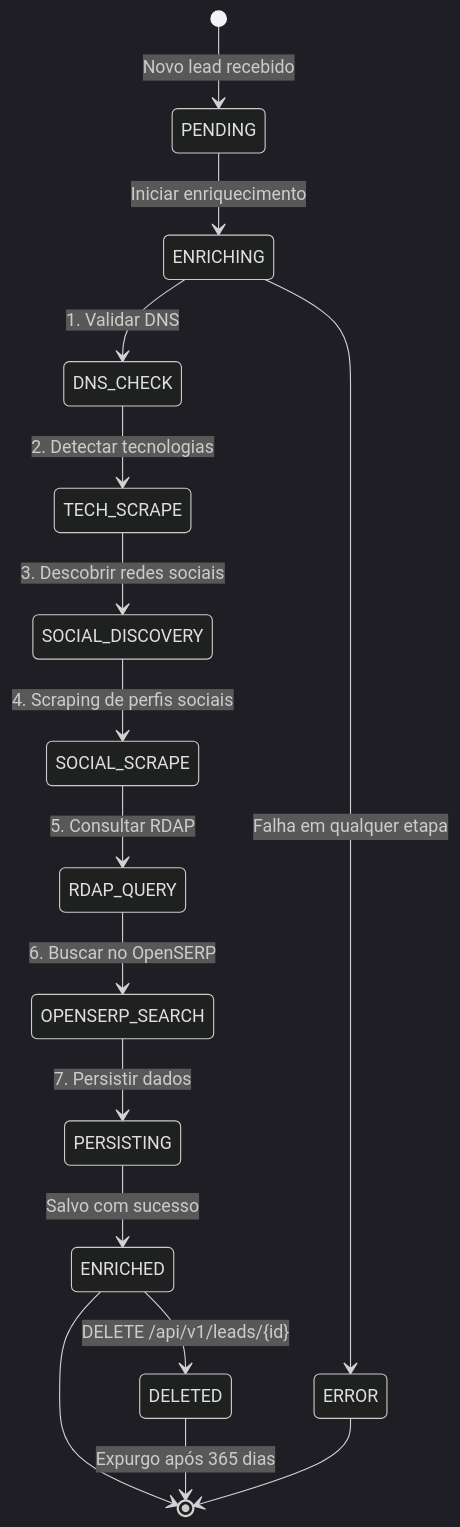
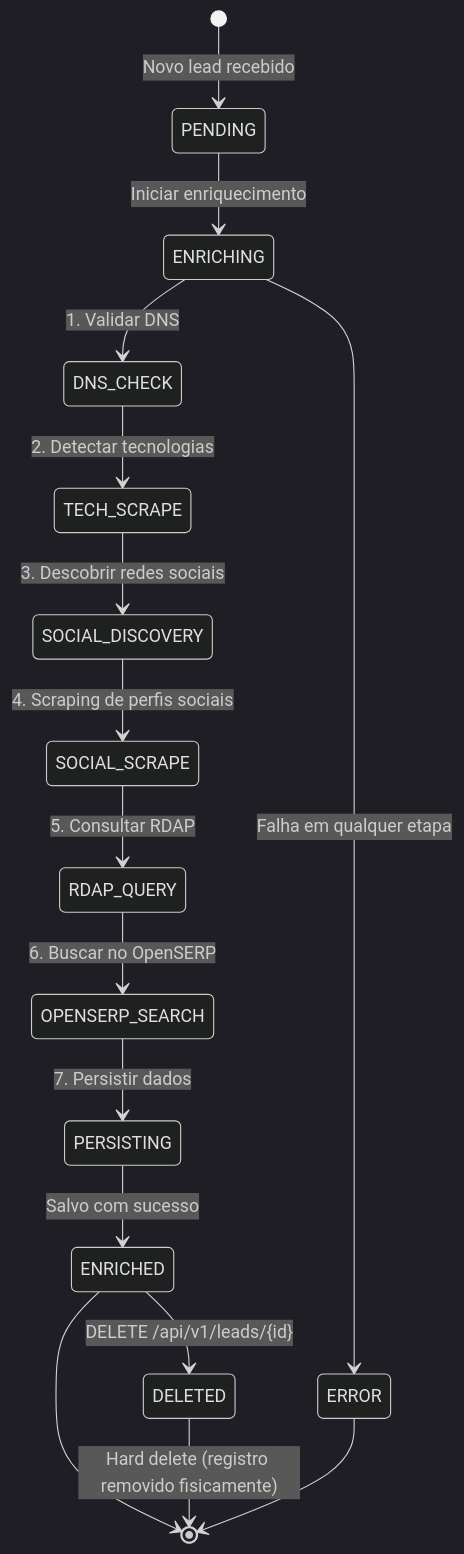
The first of 4 diagrams in docs/diagrams/mermaid-fluxo-enriquecimento.md (pdrodavi/lead-enrichment-api), drawn with Mermaid (dark theme) before and after one commit. The commit also changed other lines of this file and 40 other files, not shown here.

````diff
--- a/docs/diagrams/mermaid-fluxo-enriquecimento.md
+++ b/docs/diagrams/mermaid-fluxo-enriquecimento.md
@@ -5,22 +5,22 @@
 ```mermaid
 stateDiagram-v2
     [*] --> PENDING : Novo lead recebido
     PENDING --> ENRICHING : Iniciar enriquecimento
 
     ENRICHING --> DNS_CHECK : 1. Validar DNS
     DNS_CHECK --> TECH_SCRAPE : 2. Detectar tecnologias
     TECH_SCRAPE --> SOCIAL_DISCOVERY : 3. Descobrir redes sociais
     SOCIAL_DISCOVERY --> SOCIAL_SCRAPE : 4. Scraping de perfis sociais
     SOCIAL_SCRAPE --> RDAP_QUERY : 5. Consultar RDAP
     RDAP_QUERY --> OPENSERP_SEARCH : 6. Buscar no OpenSERP
     OPENSERP_SEARCH --> PERSISTING : 7. Persistir dados
 
     PERSISTING --> ENRICHED : Salvo com sucesso
     ENRICHED --> [*]
 
     ENRICHING --> ERROR : Falha em qualquer etapa
     ERROR --> [*]
 
     ENRICHED --> DELETED : DELETE /api/v1/leads/{id}
-    DELETED --> [*] : Expurgo após 365 dias
+    DELETED --> [*] : Hard delete (registro removido fisicamente)
 ```
````
